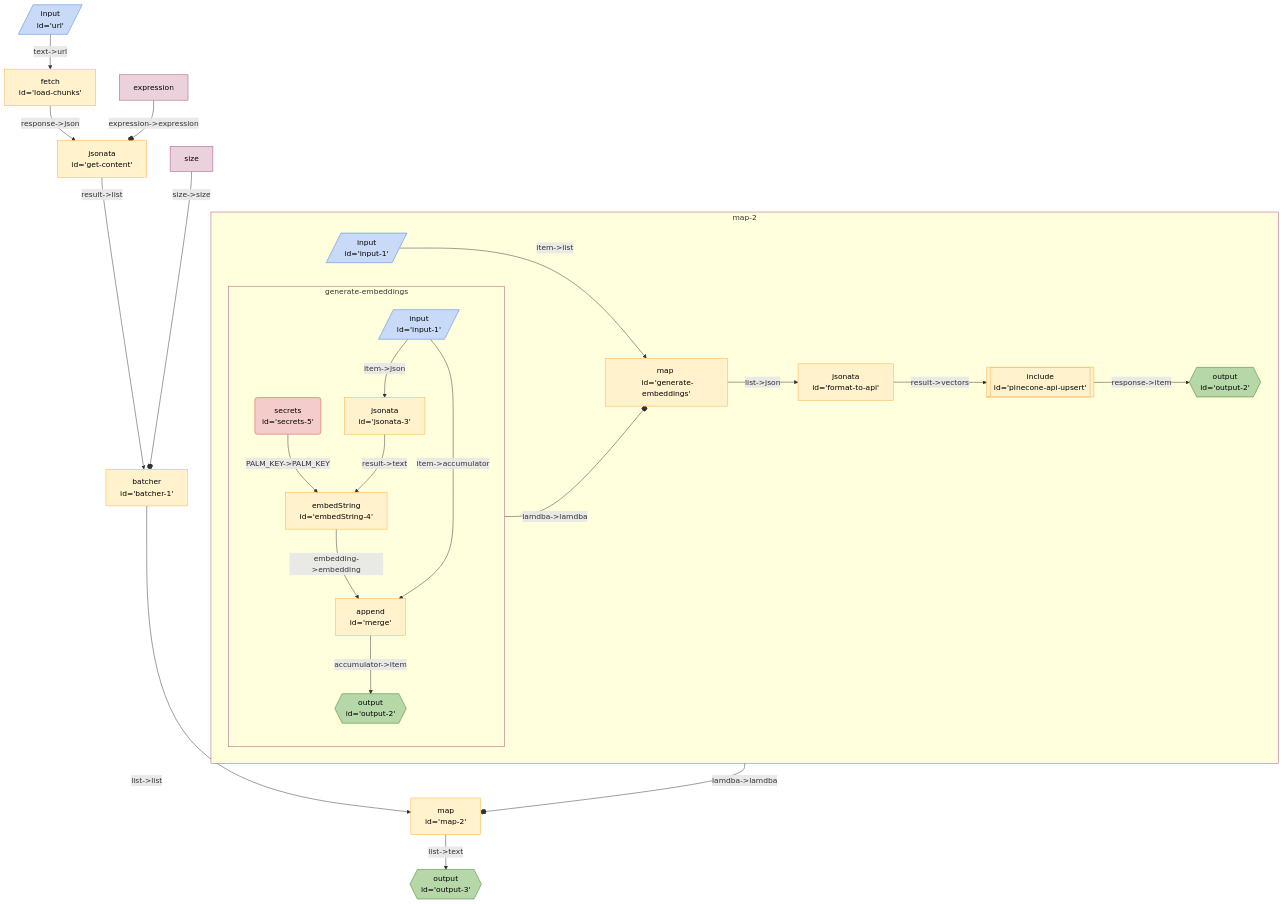
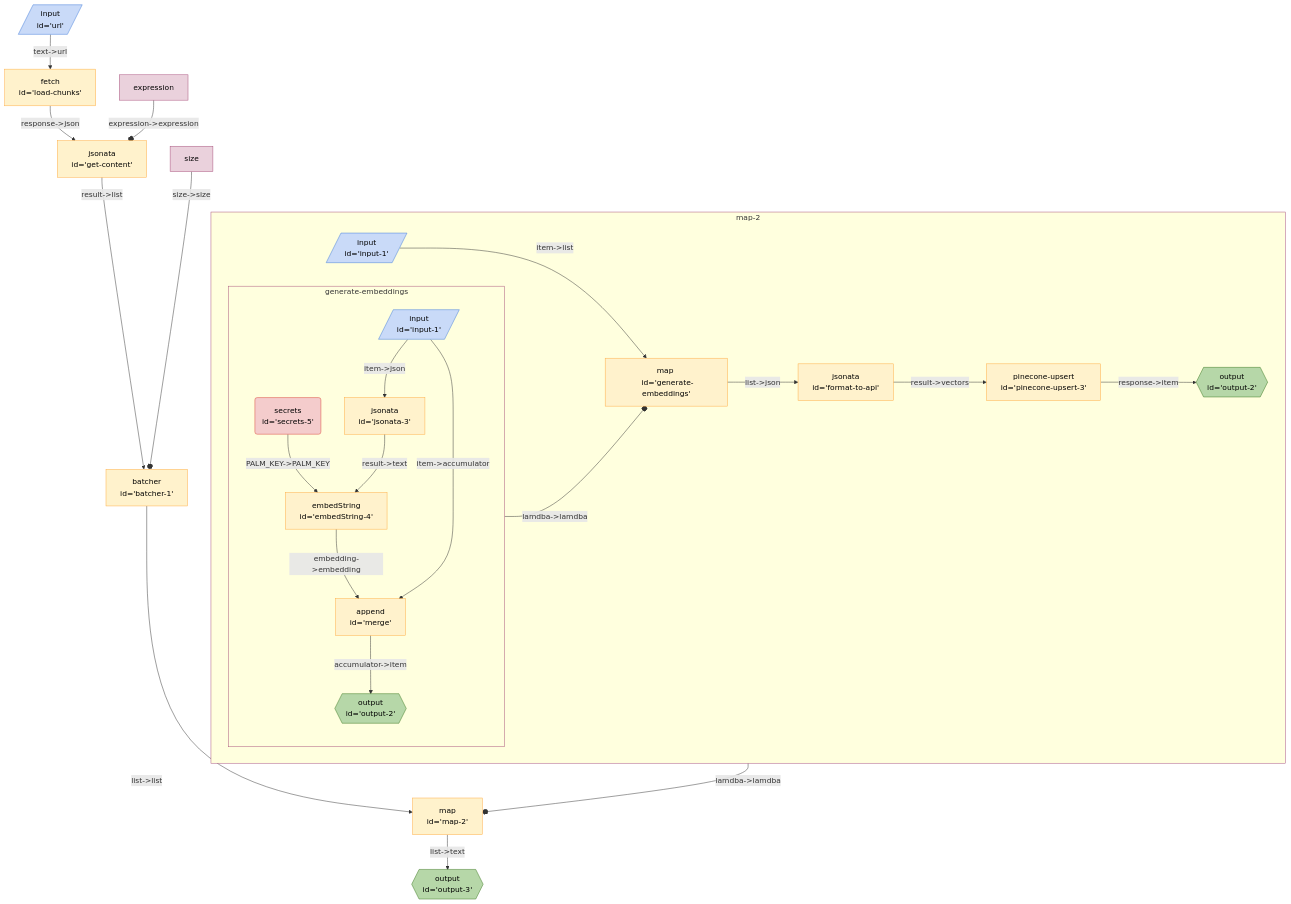
One commit to breadboard-ai/breadboard changed the diagram in seeds/graph-playground/docs/graphs/pinecone-load.md. Above: the diagram before and after it, drawn with Mermaid. The commit also changed 3 other files, not shown here.

Commit message:
[graph-playground] Use Pinecone Kit in `pinecone-load`.

````diff
--- a/seeds/graph-playground/docs/graphs/pinecone-load.md
+++ b/seeds/graph-playground/docs/graphs/pinecone-load.md
@@ -5,43 +5,42 @@
   ```mermaid
   %%{init: 'themeVariables': { 'fontFamily': 'Fira Code, monospace' }}%%
 graph TD;
 map2["map <br> id='map-2'"] -- "list->text" --> output3{{"output <br> id='output-3'"}}:::output
 subgraph sg_map2 [map-2]
-map2_pineconeapiupsert[["include <br> id='pinecone-api-upsert'"]]:::include -- "response->item" --> map2_output2{{"output <br> id='output-2'"}}:::output
-map2_formattoapi["jsonata <br> id='format-to-api'"] -- "result->vectors" --> map2_pineconeapiupsert[["include <br> id='pinecone-api-upsert'"]]:::include
+map2_pineconeupsert3["pinecone-upsert <br> id='pinecone-upsert-3'"] -- "response->item" --> map2_output2{{"output <br> id='output-2'"}}:::output
+map2_formattoapi["jsonata <br> id='format-to-api'"] -- "result->vectors" --> map2_pineconeupsert3["pinecone-upsert <br> id='pinecone-upsert-3'"]
 map2_generateembeddings["map <br> id='generate-embeddings'"] -- "list->json" --> map2_formattoapi["jsonata <br> id='format-to-api'"]
 subgraph sg_generateembeddings [generate-embeddings]
 map2_generateembeddings_embedString4["embedString <br> id='embedString-4'"] -- "embedding->embedding" --> map2_generateembeddings_merge["append <br> id='merge'"]
 map2_generateembeddings_secrets5("secrets <br> id='secrets-5'"):::secrets -- "PALM_KEY->PALM_KEY" --> map2_generateembeddings_embedString4["embedString <br> id='embedString-4'"]
 map2_generateembeddings_jsonata3["jsonata <br> id='jsonata-3'"] -- "result->text" --> map2_generateembeddings_embedString4["embedString <br> id='embedString-4'"]
 map2_generateembeddings_input1[/"input <br> id='input-1'"/]:::input -- "item->json" --> map2_generateembeddings_jsonata3["jsonata <br> id='jsonata-3'"]
 map2_generateembeddings_merge["append <br> id='merge'"] -- "accumulator->item" --> map2_generateembeddings_output2{{"output <br> id='output-2'"}}:::output
 map2_generateembeddings_input1[/"input <br> id='input-1'"/]:::input -- "item->accumulator" --> map2_generateembeddings_merge["append <br> id='merge'"]
 
 
 end
 sg_generateembeddings:::slotted -- "lamdba->lamdba" --o map2_generateembeddings
 
 map2_input1[/"input <br> id='input-1'"/]:::input -- "item->list" --> map2_generateembeddings["map <br> id='generate-embeddings'"]
-
 
 
 end
 sg_map2:::slotted -- "lamdba->lamdba" --o map2
 
 batcher1["batcher <br> id='batcher-1'"] -- "list->list" --> map2["map <br> id='map-2'"]
 getcontent["jsonata <br> id='get-content'"] -- "result->list" --> batcher1["batcher <br> id='batcher-1'"]
 loadchunks["fetch <br> id='load-chunks'"] -- "response->json" --> getcontent["jsonata <br> id='get-content'"]
 url[/"input <br> id='url'"/]:::input -- "text->url" --> loadchunks["fetch <br> id='load-chunks'"]
 expressiongetcontent[expression]:::config -- "expression->expression" --o getcontent
 sizebatcher1[size]:::config -- "size->size" --o batcher1
 
 classDef default stroke:#ffab40,fill:#fff2ccff,color:#000
 classDef input stroke:#3c78d8,fill:#c9daf8ff,color:#000
 classDef output stroke:#38761d,fill:#b6d7a8ff,color:#000
 classDef passthrough stroke:#a64d79,fill:#ead1dcff,color:#000
 classDef slot stroke:#a64d79,fill:#ead1dcff,color:#000
 classDef config stroke:#a64d79,fill:#ead1dcff,color:#000
 classDef secrets stroke:#db4437,fill:#f4cccc,color:#000
 classDef slotted stroke:#a64d79
   ```
````
